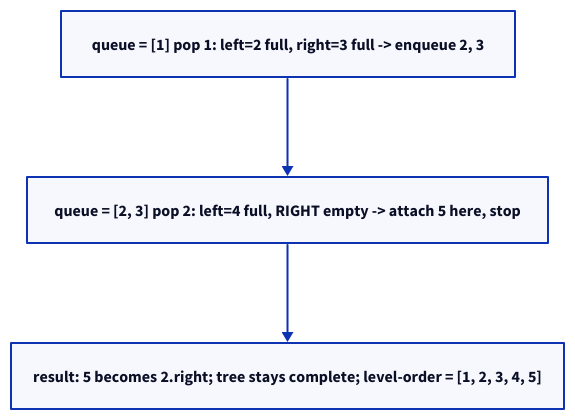
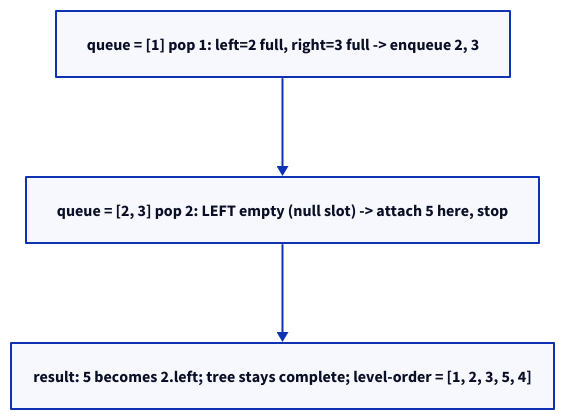
Before and after one commit to ani2fun/cortex: the diagram in content/cortex/data-structures-and-algorithms/03-trees/01-binary-tree/07-insertion-in-binary-trees.md, drawn with D2. The commit also changed other lines of this file and 348 other files, not shown here.

````diff
--- a/content/cortex/data-structures-and-algorithms/03-trees/01-binary-tree/07-insertion-in-binary-trees.md
+++ b/content/cortex/data-structures-and-algorithms/03-trees/01-binary-tree/07-insertion-in-binary-trees.md
@@ -105,7 +184,7 @@
 ```d2
 direction: down
 a: "queue = [1]    pop 1: left=2 full, right=3 full  ->  enqueue 2, 3"
-b: "queue = [2, 3] pop 2: left=4 full, RIGHT empty   ->  attach 5 here, stop"
-c: "result: 5 becomes 2.right; tree stays complete; level-order = [1, 2, 3, 4, 5]"
+b: "queue = [2, 3] pop 2: LEFT empty (null slot)     ->  attach 5 here, stop"
+c: "result: 5 becomes 2.left; tree stays complete; level-order = [1, 2, 3, 5, 4]"
 a -> b -> c
 ```
````
